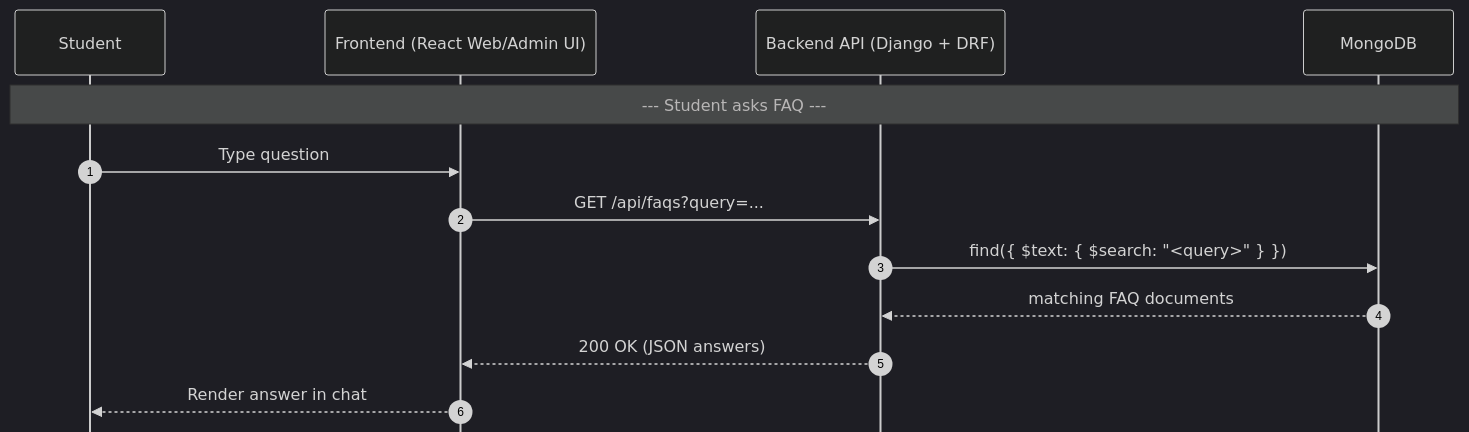
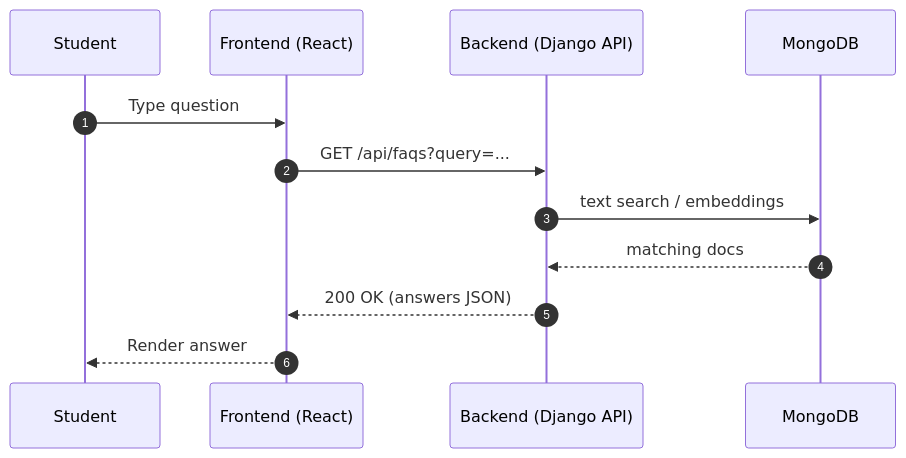
One commit to M0simi/portfolio changed the second of 4 diagrams in Stage3.md. Above: the diagram before and after it, drawn with Mermaid. The commit also changed other lines of this file, not shown here.

````diff
--- a/Stage3.md
+++ b/Stage3.md
@@ -217,29 +131,15 @@
 ```mermaid
-%%{init:{
-  'theme':'dark',
-  'themeVariables':{'fontSize':'13px'},
-  'sequence':{
-    'showSequenceNumbers':true,
-    'useMaxWidth':true,
-    'actorMargin':160,
-    'messageMargin':90,
-    'diagramPadding':16,
-    'mirrorActors':false,
-    'bottomMarginAdj':24
-}}}%%
 sequenceDiagram
   autonumber
   participant Student
-  participant Frontend as Frontend (React Web/Admin UI)
-  participant Backend as Backend API (Django + DRF)
+  participant FE as Frontend (React)
+  participant BE as Backend (Django API)
   participant DB as MongoDB
 
-  Note over Student,DB: --- Student asks FAQ ---
-  Student->>Frontend: Type question
-  Frontend->>Backend: GET /api/faqs?query=...
-  Backend->>DB: find({ $text: { $search: "<query>" } })
-  DB-->>Backend: matching FAQ documents
-  Backend-->>Frontend: 200 OK (JSON answers)
-  Frontend-->>Student: Render answer in chat
-
+  Student->>FE: Type question
+  FE->>BE: GET /api/faqs?query=...
+  BE->>DB: text search / embeddings
+  DB-->>BE: matching docs
+  BE-->>FE: 200 OK (answers JSON)
+  FE-->>Student: Render answer
 ```
````
